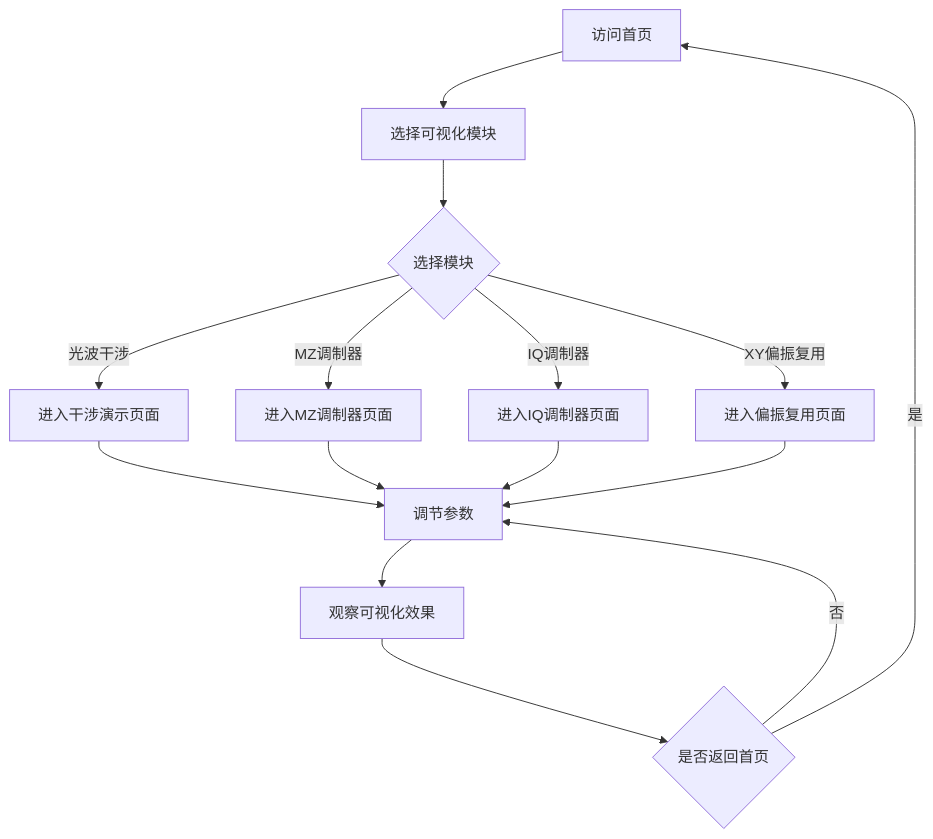
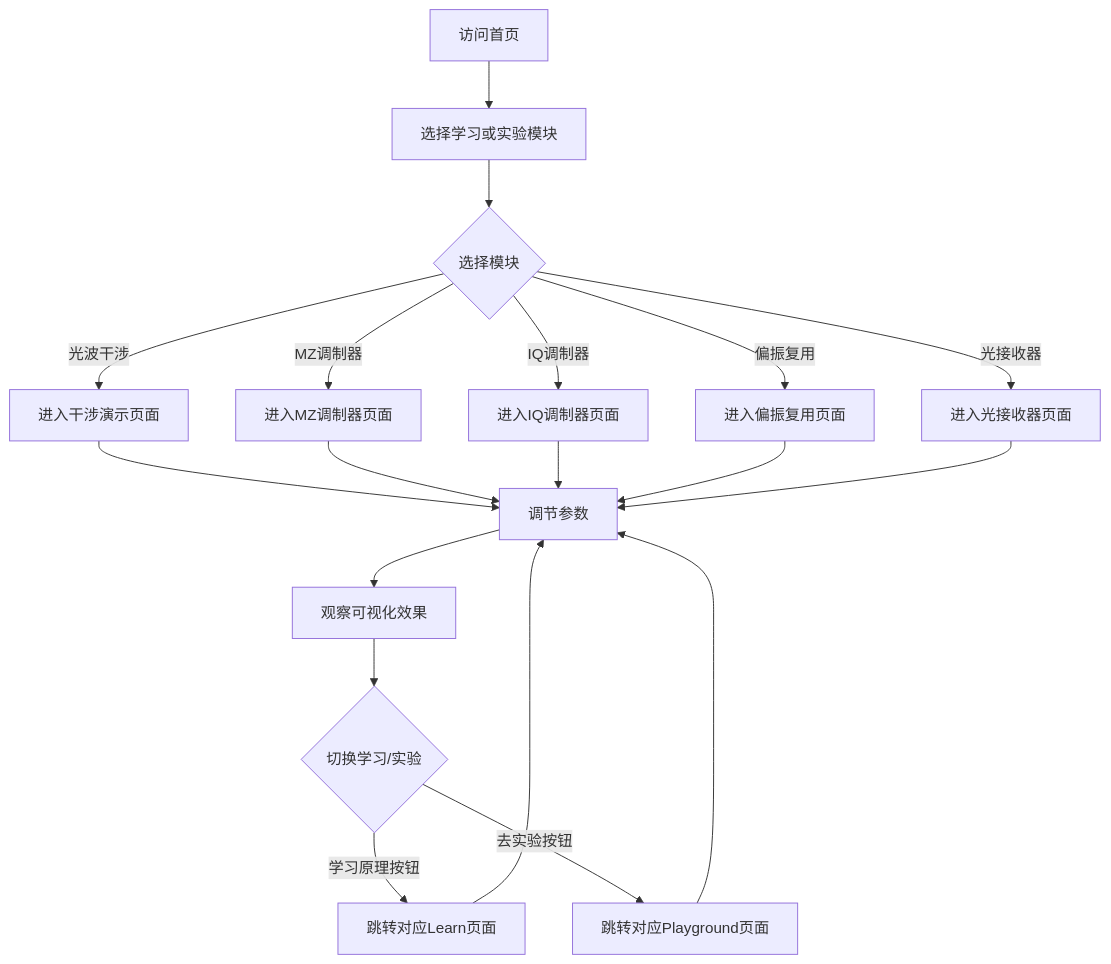
One commit to saicem/photoelectricity-visualization changed the diagram in .trae/documents/spec.md. Above: the diagram before and after it, drawn with Mermaid. The commit also changed other lines of this file and 3 other files, not shown here.

````diff
--- a/.trae/documents/spec.md
+++ b/.trae/documents/spec.md
@@ -54,17 +63,21 @@
 ```mermaid
 graph TD
-    A[访问首页] --> B[选择可视化模块]
+    A[访问首页] --> B[选择学习或实验模块]
     B --> C{选择模块}
     C -->|光波干涉| D[进入干涉演示页面]
     C -->|MZ调制器| E[进入MZ调制器页面]
     C -->|IQ调制器| F[进入IQ调制器页面]
-    C -->|XY偏振复用| G[进入偏振复用页面]
-    D --> H[调节参数]
-    E --> H
-    F --> H
-    G --> H
-    H --> I[观察可视化效果]
-    I --> J{是否返回首页}
-    J -->|是| A
-    J -->|否| H
+    C -->|偏振复用| G[进入偏振复用页面]
+    C -->|光接收器| H[进入光接收器页面]
+    D --> I[调节参数]
+    E --> I
+    F --> I
+    G --> I
+    H --> I
+    I --> J[观察可视化效果]
+    J --> K{切换学习/实验}
+    K -->|"学习原理"按钮| L[跳转对应Learn页面]
+    K -->|"去实验"按钮| M[跳转对应Playground页面]
+    L --> I
+    M --> I
 ```
````
